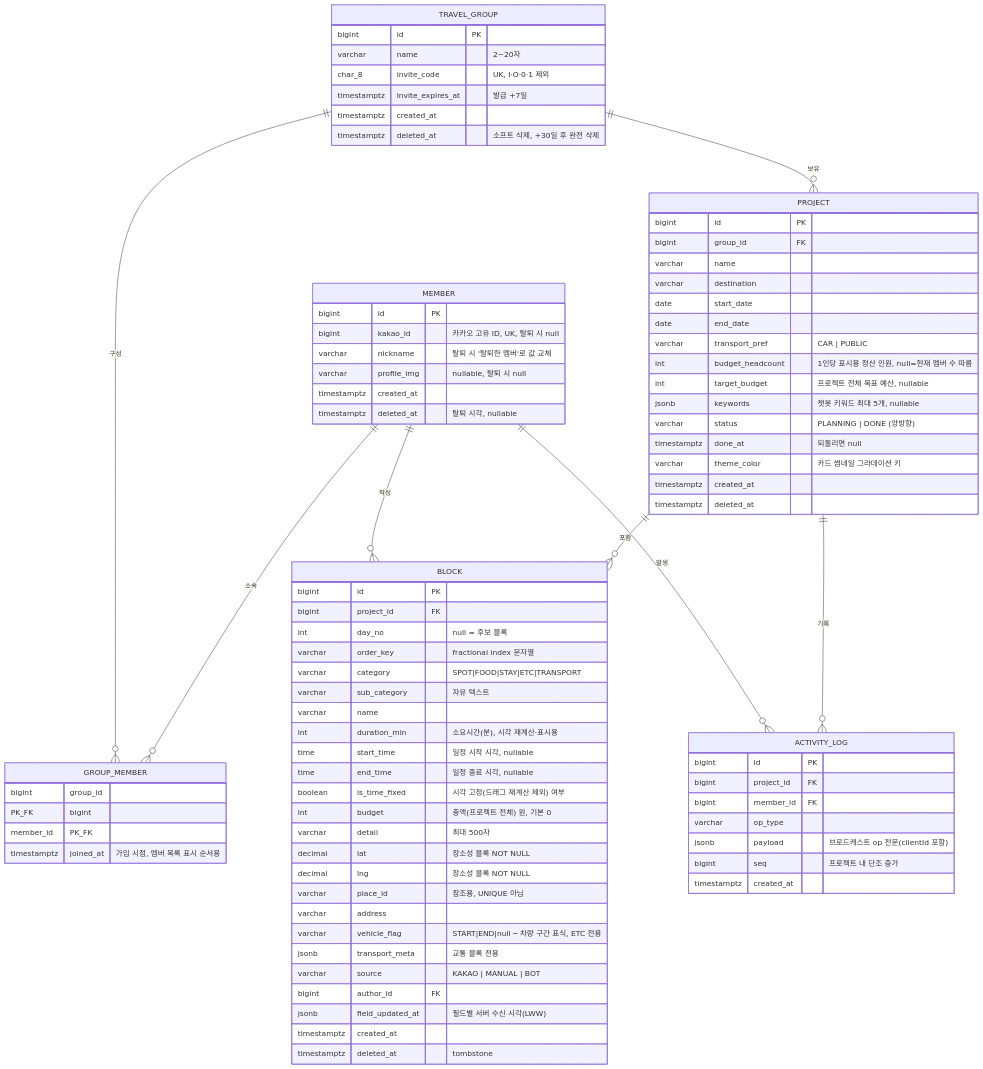
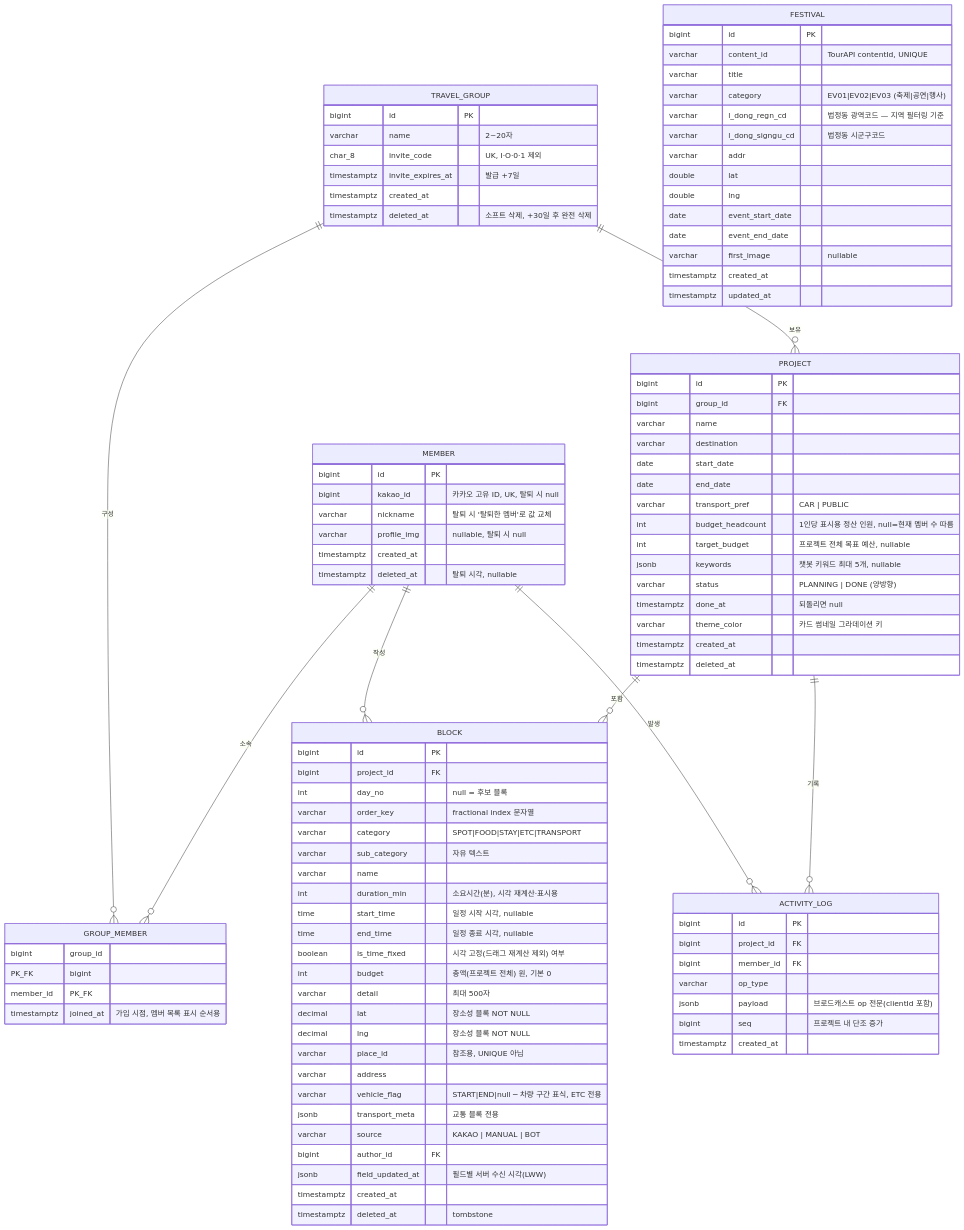
Before and after one commit to prgmd/ieumgil: the diagram in docs/erd/ERD.md, drawn with Mermaid. The commit also changed other lines of this file, not shown here.

First line of the commit message:
docs: ERD에 FESTIVAL 엔티티 반영

````diff
--- a/docs/erd/ERD.md
+++ b/docs/erd/ERD.md
@@ -102,4 +102,20 @@
         bigint seq "프로젝트 내 단조 증가"
         timestamptz created_at
     }
+    FESTIVAL {
+        bigint id PK
+        varchar content_id "TourAPI contentId, UNIQUE"
+        varchar title
+        varchar category "EV01|EV02|EV03 (축제|공연|행사)"
+        varchar l_dong_regn_cd "법정동 광역코드 — 지역 필터링 기준"
+        varchar l_dong_signgu_cd "법정동 시군구코드"
+        varchar addr
+        double lat
+        double lng
+        date event_start_date
+        date event_end_date
+        varchar first_image "nullable"
+        timestamptz created_at
+        timestamptz updated_at
+    }
 ```
````
